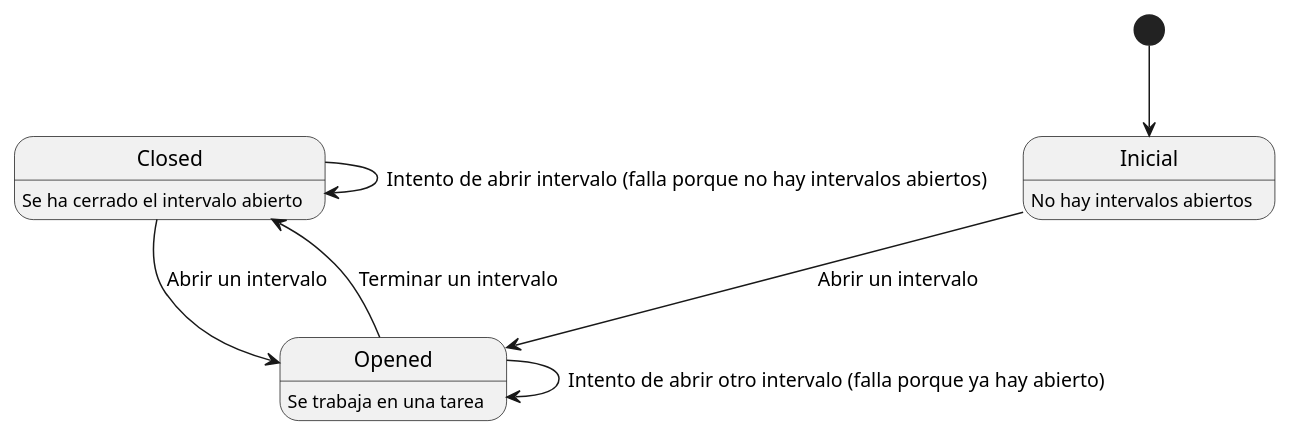
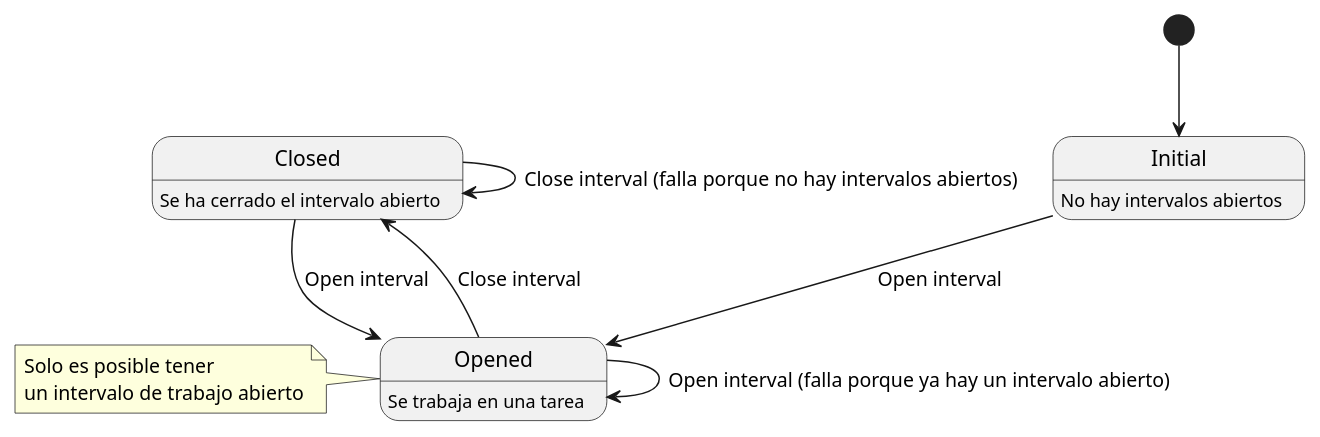
The diagram in docs/src/open-close-interval-states.plantuml (EscuelaIt/time-register), drawn with PlantUML before and after one commit. The commit also changed 6 other files, not shown here.

```diff
--- a/docs/src/open-close-interval-states.plantuml
+++ b/docs/src/open-close-interval-states.plantuml
@@ -1,15 +1,22 @@
 @startuml
-state Inicial
-Inicial : No hay intervalos abiertos
+state Initial
+Initial : No hay intervalos abiertos
 state Opened
 Opened : Se trabaja en una tarea
 state Closed
 Closed: Se ha cerrado el intervalo abierto
 
-[*] --> Inicial
-Inicial --> Opened : Abrir un intervalo
-Opened --> Opened : Intento de abrir otro intervalo (falla porque ya hay abierto)
-Opened --> Closed : Terminar un intervalo
-Closed --> Closed : Intento de abrir intervalo (falla porque no hay intervalos abiertos)
-Closed -right-> Opened : Abrir un intervalo
+[*] --> Initial
+Initial --> Opened : Open interval
+Opened --> Opened : Open interval (falla porque ya hay un intervalo abierto)
+Opened --> Closed : Close interval
+Closed --> Closed : Close interval (falla porque no hay intervalos abiertos)
+Closed -right-> Opened : Open interval
+
+
+note left of Opened
+  Solo es posible tener
+  un intervalo de trabajo abierto
+end note
+
 @enduml
```
